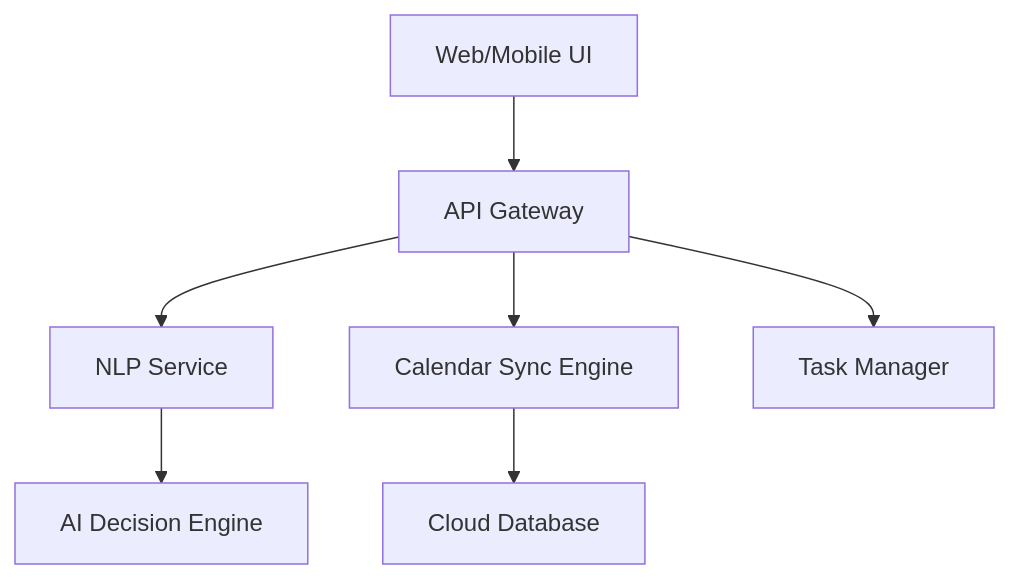
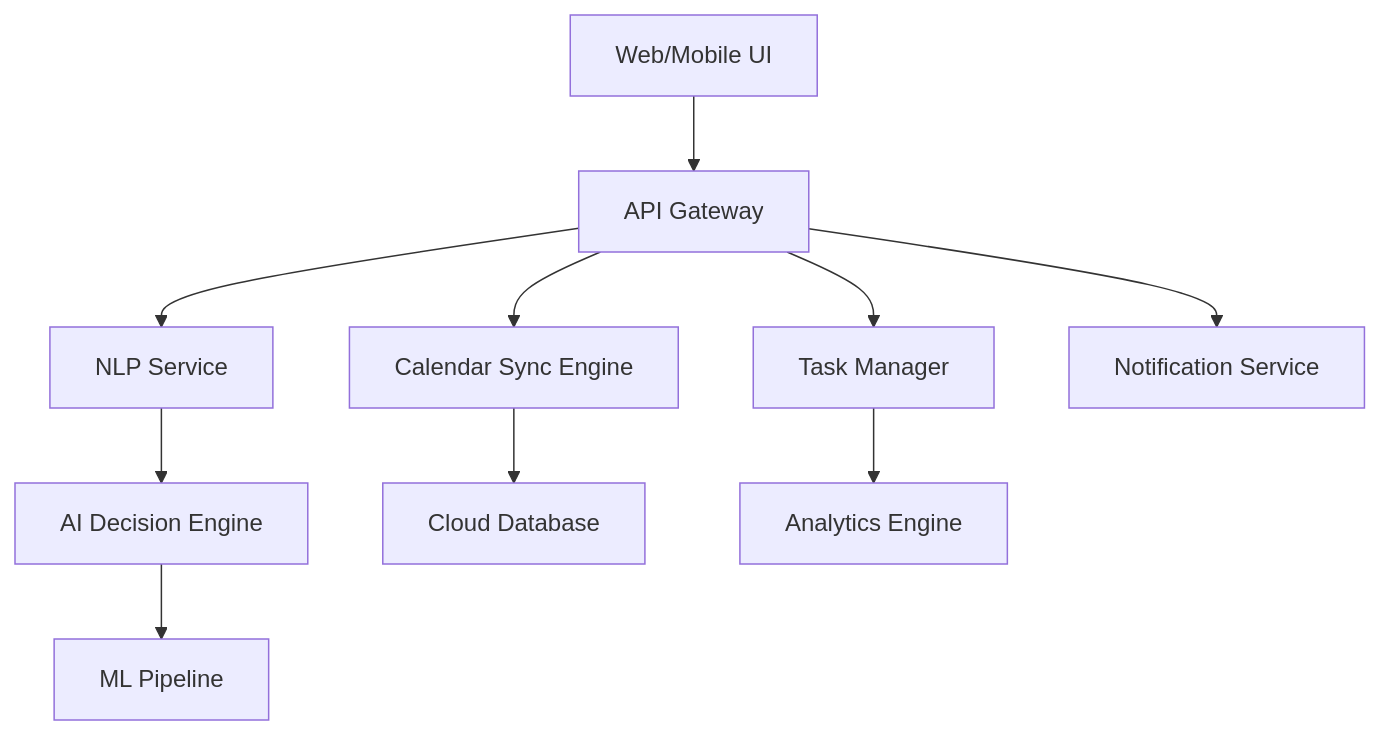
One commit to LinkovichChomofski/calendaragent changed the diagram in product_requirements.md. Above: the diagram before and after it, drawn with Mermaid. The commit also changed other lines of this file and 1 other file, not shown here.

Commit message:
Enhanced product requirements and roadmap with detailed subsections and future plans

````diff
--- a/product_requirements.md
+++ b/product_requirements.md
@@ -26,9 +79,12 @@
 ```mermaid
 graph TD
   A[Web/Mobile UI] --> B[API Gateway]
   B --> C[NLP Service]
   B --> D[Calendar Sync Engine]
   B --> E[Task Manager]
   C --> F[AI Decision Engine]
   D --> G[Cloud Database]
+  F --> H[ML Pipeline]
+  E --> I[Analytics Engine]
+  B --> J[Notification Service]
 ```
````
